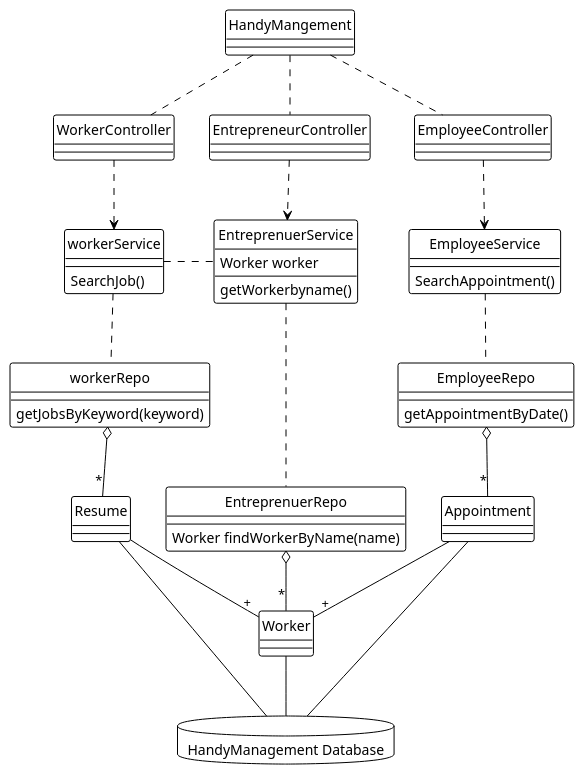
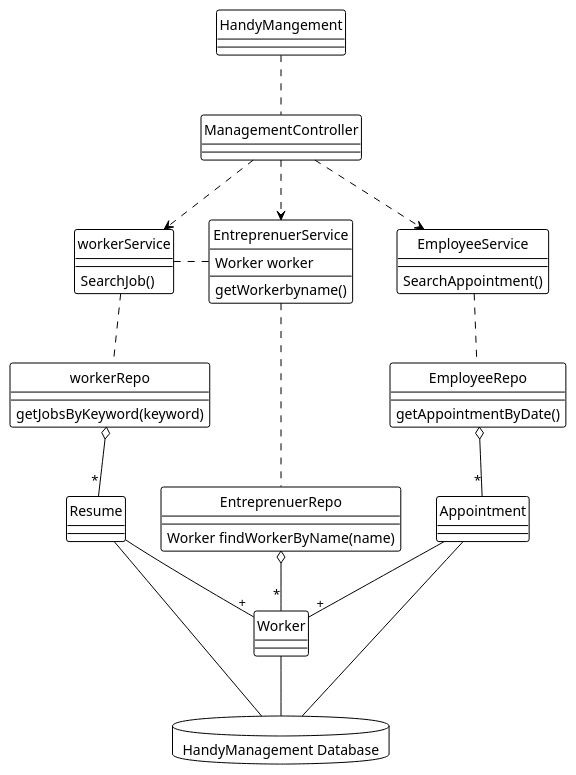
The diagram in handyManagement.puml (CPA-Developer/ProjectRepo), drawn with PlantUML before and after one commit.

Commit message:
made single controller

```diff
--- a/handyManagement.puml
+++ b/handyManagement.puml
@@ -1,92 +1,92 @@
 @startuml Handy Mangement
 skinparam style Strictuml
 
 !theme plain
+
 
 
 class HandyMangement {
 
 }
 
 
-class WorkerController {
+class ManagementController {
   
   
 
     
 }
 
-class EntrepreneurController {
+class ManagementController {
     
     
   
 }
 
-class EmployeeController {
+class ManagementController {
    '  getPayRateByEmpNo(employeeNo)
    '  getEmployeeRecordByEmpNo(empNo)
    '  getPayRecordByEmpNo(empNo)
 
     
 }
 
 class workerService{
    SearchJob()
   
 
 }
 class workerRepo{
   getJobsByKeyword(keyword)
 }
 
 class EmployeeService{
     SearchAppointment()
 }
 class EmployeeRepo{
    getAppointmentByDate()
 }
 
 class EntreprenuerService{
    Worker worker
     getWorkerbyname()
 }
 class EntreprenuerRepo{
    Worker findWorkerByName(name)
 }
 
 database "HandyManagement Database"{
 }
 
 workerService .right. EntreprenuerService
 
-HandyMangement .. WorkerController
-HandyMangement .. EntrepreneurController
-HandyMangement .. EmployeeController
+HandyMangement .. ManagementController
 
 
-WorkerController ..> workerService
-EntrepreneurController ..> EntreprenuerService
-EmployeeController ..> EmployeeService
+
+ManagementController ..> workerService
+ManagementController ..> EntreprenuerService
+ManagementController ..> EmployeeService
 
 
 workerService .. workerRepo
 EmployeeService .. EmployeeRepo
 EntreprenuerService .. EntreprenuerRepo
 
 workerRepo o--"*" Resume 
 EntreprenuerRepo o--"*" Worker 
 
 EmployeeRepo o--"*" Appointment 
 Appointment --"+" Worker
 
 Resume --"+" Worker
 
 Worker -- "HandyManagement Database"
 Appointment -- "HandyManagement Database"
 Resume -- "HandyManagement Database"
 
 
 
 
 
 @enduml
```
